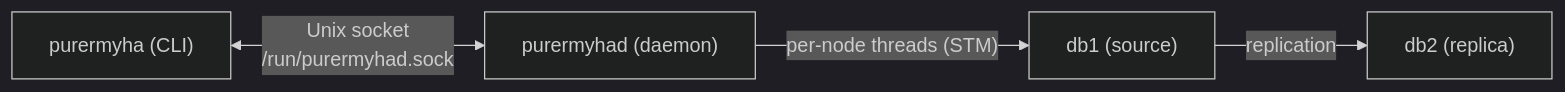
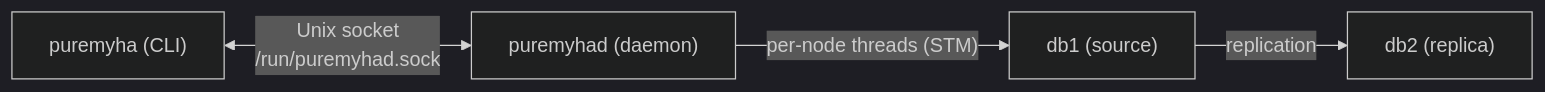
One commit to ikaro1192/PureMyHA changed the first of 2 diagrams in README.md. Above: the diagram before and after it, drawn with Mermaid (dark theme). The commit also changed other lines of this file and 12 other files, not shown here.

First line of the commit message:
fix: rename purermyha → puremyha (remove extra 'r' typo)

````diff
--- a/README.md
+++ b/README.md
@@ -62,6 +62,6 @@
 ```mermaid
 graph LR
-    CLI["purermyha (CLI)"] <-->|"Unix socket\n/run/purermyhad.sock"| Daemon["purermyhad (daemon)"]
+    CLI["puremyha (CLI)"] <-->|"Unix socket\n/run/puremyhad.sock"| Daemon["puremyhad (daemon)"]
     Daemon -->|"per-node threads (STM)"| db1["db1 (source)"]
     db1 -->|replication| db2["db2 (replica)"]
 ```
````
